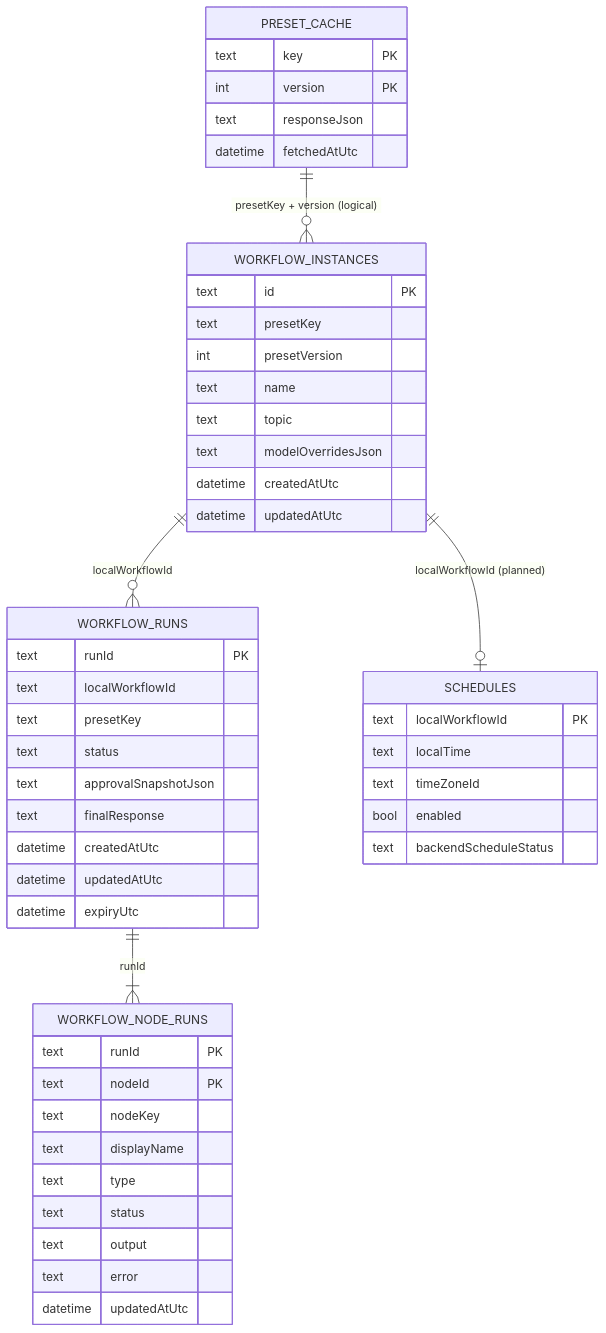
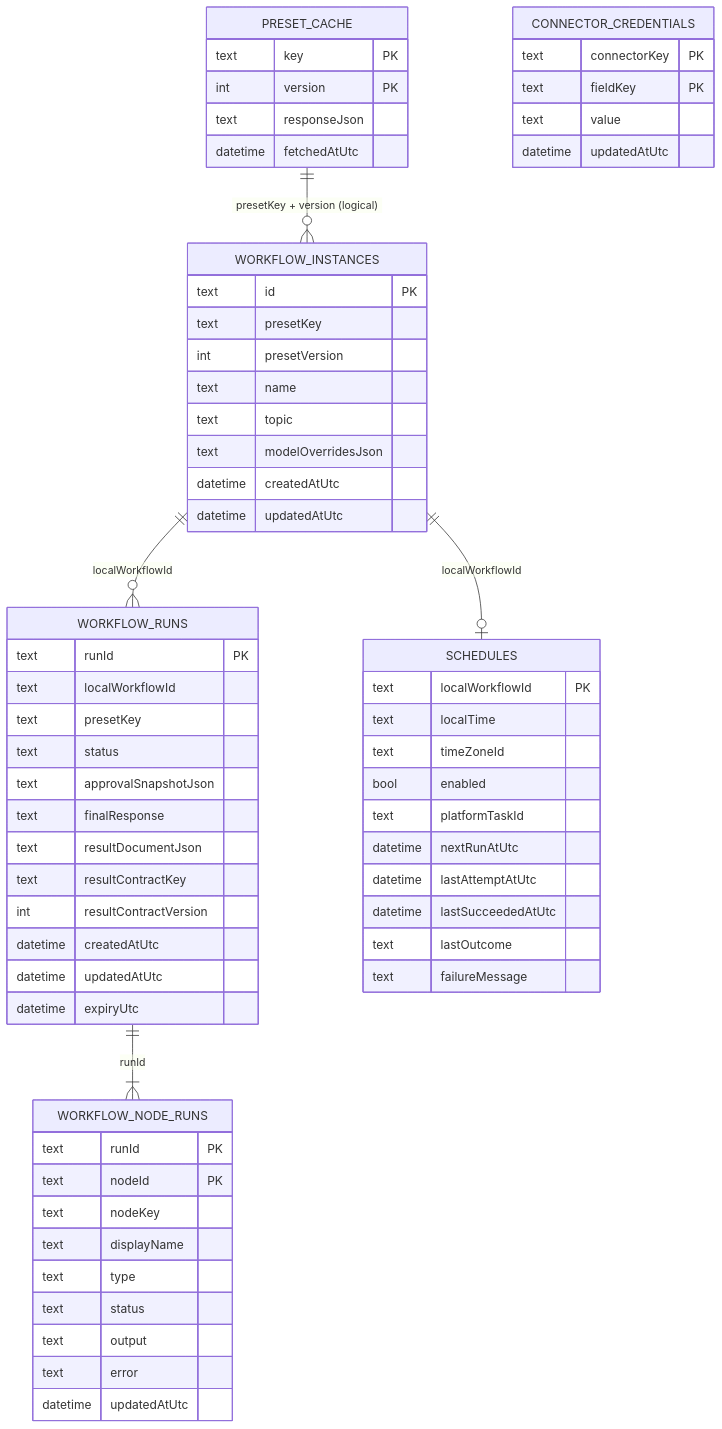
The first of 3 diagrams in mobile/arzlyai_mobile/doc/sqlite_schema.md (Bhbored/ArzlyAI), drawn with Mermaid before and after one commit. The commit also changed other lines of this file and 202 other files, not shown here.

````diff
--- a/mobile/arzlyai_mobile/doc/sqlite_schema.md
+++ b/mobile/arzlyai_mobile/doc/sqlite_schema.md
@@ -38,57 +40,71 @@
 ```mermaid
 erDiagram
   PRESET_CACHE ||--o{ WORKFLOW_INSTANCES : "presetKey + version (logical)"
   WORKFLOW_INSTANCES ||--o{ WORKFLOW_RUNS : "localWorkflowId"
   WORKFLOW_RUNS ||--|{ WORKFLOW_NODE_RUNS : "runId"
-  WORKFLOW_INSTANCES ||--o| SCHEDULES : "localWorkflowId (planned)"
+  WORKFLOW_INSTANCES ||--o| SCHEDULES : "localWorkflowId"
+  CONNECTOR_CREDENTIALS {
+    text connectorKey PK
+    text fieldKey PK
+    text value
+    datetime updatedAtUtc
+  }
 
   PRESET_CACHE {
     text key PK
     int version PK
     text responseJson
     datetime fetchedAtUtc
   }
 
   WORKFLOW_INSTANCES {
     text id PK
     text presetKey
     int presetVersion
     text name
     text topic
     text modelOverridesJson
     datetime createdAtUtc
     datetime updatedAtUtc
   }
 
   WORKFLOW_RUNS {
     text runId PK
     text localWorkflowId
     text presetKey
     text status
     text approvalSnapshotJson
     text finalResponse
+    text resultDocumentJson
+    text resultContractKey
+    int resultContractVersion
     datetime createdAtUtc
     datetime updatedAtUtc
     datetime expiryUtc
   }
 
   WORKFLOW_NODE_RUNS {
     text runId PK
     text nodeId PK
     text nodeKey
     text displayName
     text type
     text status
     text output
     text error
     datetime updatedAtUtc
   }
 
   SCHEDULES {
     text localWorkflowId PK
     text localTime
     text timeZoneId
     bool enabled
-    text backendScheduleStatus
+    text platformTaskId
+    datetime nextRunAtUtc
+    datetime lastAttemptAtUtc
+    datetime lastSucceededAtUtc
+    text lastOutcome
+    text failureMessage
   }
 ```
````
